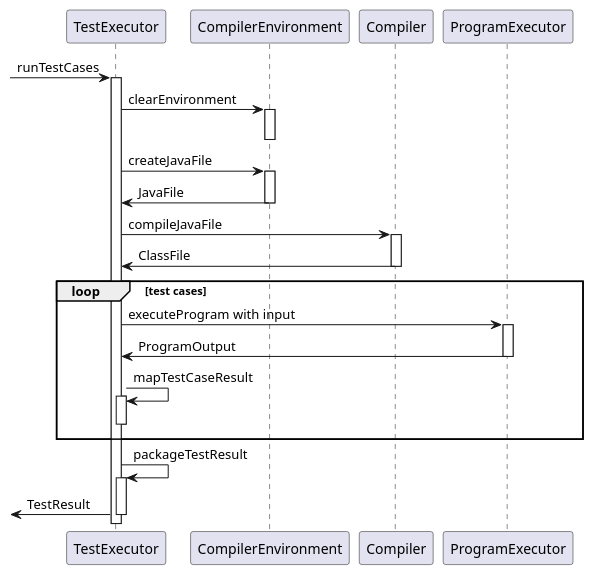
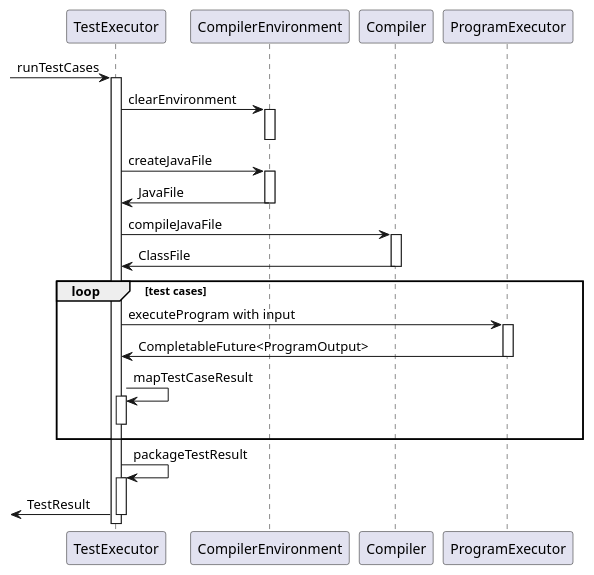
The diagram in docs/diagrams/TestExecutorSequenceDiagram.puml (nus-cs2103-AY1920S1/addressbook-level3), drawn with PlantUML before and after one commit. The commit also changed 78 other files, not shown here.

```diff
--- a/docs/diagrams/TestExecutorSequenceDiagram.puml
+++ b/docs/diagrams/TestExecutorSequenceDiagram.puml
@@ -1,35 +1,35 @@
 @startuml
 [-> TestExecutor:runTestCases
 activate TestExecutor
 
 TestExecutor -> CompilerEnvironment:clearEnvironment
 activate CompilerEnvironment
 deactivate CompilerEnvironment
 
 TestExecutor -> CompilerEnvironment:createJavaFile
 activate CompilerEnvironment
 CompilerEnvironment -> TestExecutor:JavaFile
 deactivate CompilerEnvironment
 
 TestExecutor -> Compiler:compileJavaFile
 activate Compiler
 Compiler -> TestExecutor:ClassFile
 deactivate Compiler
 
 loop test cases
 TestExecutor -> ProgramExecutor:executeProgram with input
 activate ProgramExecutor
-ProgramExecutor -> TestExecutor:ProgramOutput
+ProgramExecutor -> TestExecutor:CompletableFuture<ProgramOutput>
 deactivate ProgramExecutor
 TestExecutor -> TestExecutor:mapTestCaseResult
 activate TestExecutor
 deactivate TestExecutor
 
 end
 
 TestExecutor -> TestExecutor:packageTestResult
 activate TestExecutor
 
 [<-TestExecutor:TestResult
 deactivate TestExecutor
 @enduml
```
